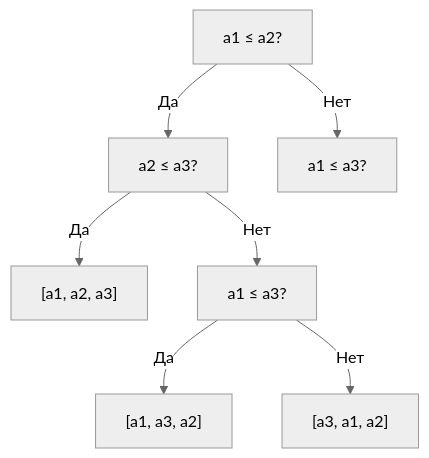
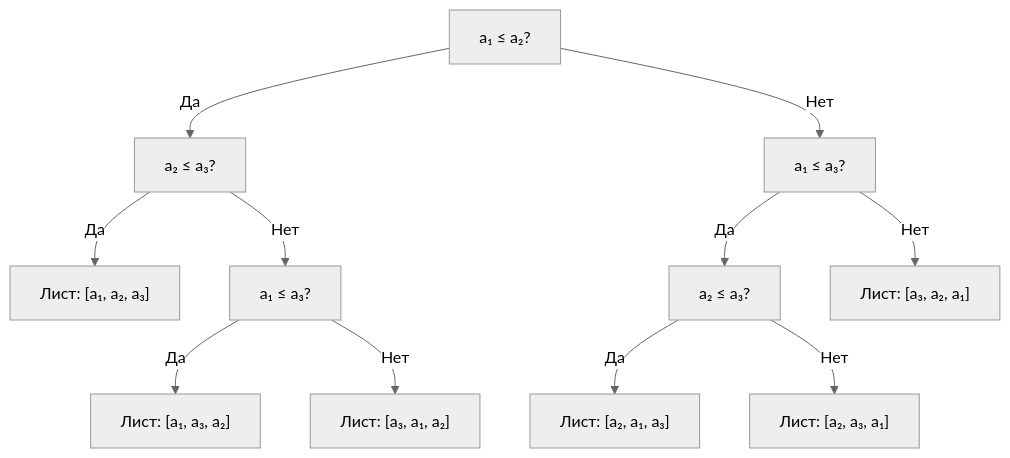
One commit to Kefirleos/itmo-vault changed the first of 2 diagrams in Конспекты/1 семестр/Поток 2/Алгоритмы и структуры данных/02. Лекция - Линейные сортировки (Counting, Radix, Bucket) и нижняя оценка сравнений (2026-09-19).md. Above: the diagram before and after it, drawn with Mermaid (neutral theme). The commit also changed other lines of this file and 2 other files, not shown here.

````diff
--- a/Конспекты/1 семестр/Поток 2/Алгоритмы и структуры данных/02. Лекция - Линейные сортировки (Counting, Radix, Bucket) и нижняя оценка сравнений (2026-09-19).md
+++ b/Конспекты/1 семестр/Поток 2/Алгоритмы и структуры данных/02. Лекция - Линейные сортировки (Counting, Radix, Bucket) и нижняя оценка сравнений (2026-09-19).md
@@ -34,9 +43,13 @@
 ```mermaid
 graph TD
-    A["a1 ≤ a2?"] -->|Да| B["a2 ≤ a3?"]
-    A -->|Нет| C["a1 ≤ a3?"]
-    B -->|Да| L1["[a1, a2, a3]"]
-    B -->|Нет| D["a1 ≤ a3?"]
-    D -->|Да| L2["[a1, a3, a2]"]
-    D -->|Нет| L3["[a3, a1, a2]"]
+    A["a₁ ≤ a₂?"] -->|Да| B["a₂ ≤ a₃?"]
+    A -->|Нет| C["a₁ ≤ a₃?"]
+    B -->|Да| L1["Лист: [a₁, a₂, a₃]"]
+    B -->|Нет| D["a₁ ≤ a₃?"]
+    D -->|Да| L2["Лист: [a₁, a₃, a₂]"]
+    D -->|Нет| L3["Лист: [a₃, a₁, a₂]"]
+    C -->|Да| E["a₂ ≤ a₃?"]
+    C -->|Нет| L6["Лист: [a₃, a₂, a₁]"]
+    E -->|Да| L4["Лист: [a₂, a₁, a₃]"]
+    E -->|Нет| L5["Лист: [a₂, a₃, a₁]"]
 ```
````
